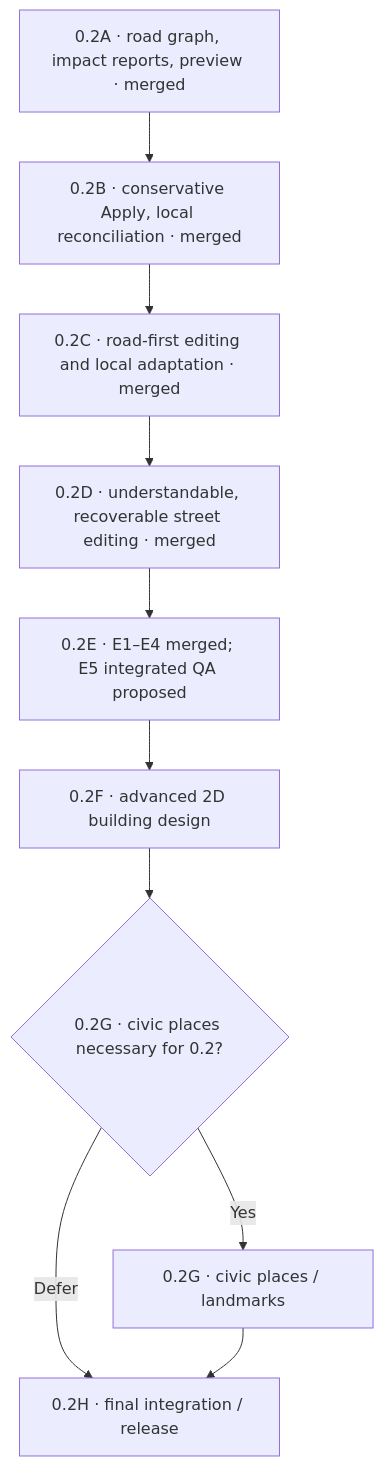
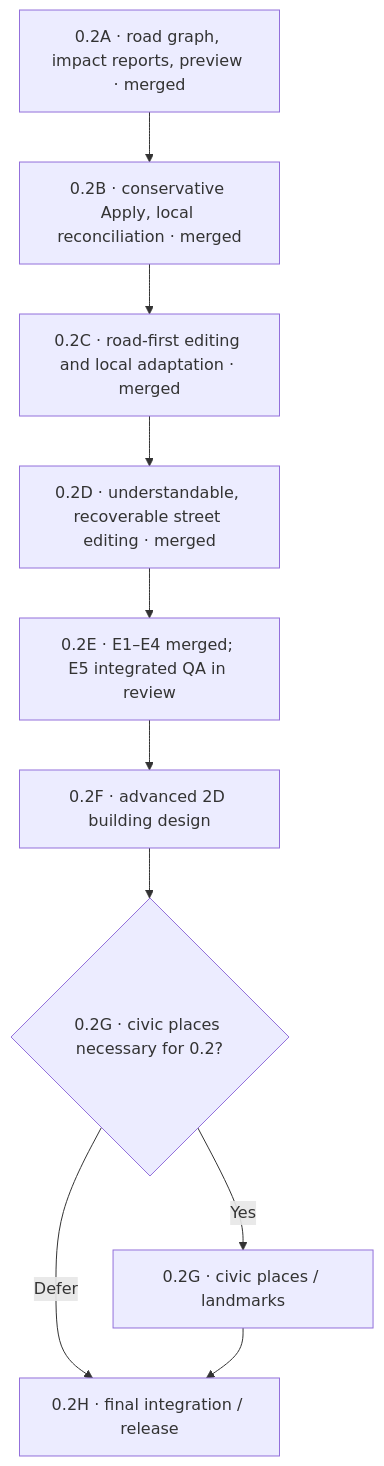
Before and after one commit to xbwtyz/Mappo: the diagram in docs/plans/0.2/README.md, drawn with Mermaid. The commit also changed other lines of this file, not shown here.

Commit message:
docs(e5): align prior milestones with merged status and ongoing E5 acceptance

````diff
--- a/docs/plans/0.2/README.md
+++ b/docs/plans/0.2/README.md
@@ -15,12 +15,12 @@
 ```mermaid
 flowchart TD
   A["0.2A · road graph, impact reports, preview · merged"] --> B["0.2B · conservative Apply, local reconciliation · merged"]
   B --> C["0.2C · road-first editing and local adaptation · merged"]
   C --> D["0.2D · understandable, recoverable street editing · merged"]
-  D --> E["0.2E · E1–E4 merged; E5 integrated QA proposed"]
+  D --> E["0.2E · E1–E4 merged; E5 integrated QA in review"]
   E --> F["0.2F · advanced 2D building design"]
   F --> G{"0.2G · civic places necessary for 0.2?"}
   G -->|Yes| G1["0.2G · civic places / landmarks"]
   G -->|Defer| H["0.2H · final integration / release"]
   G1 --> H
 ```
````
